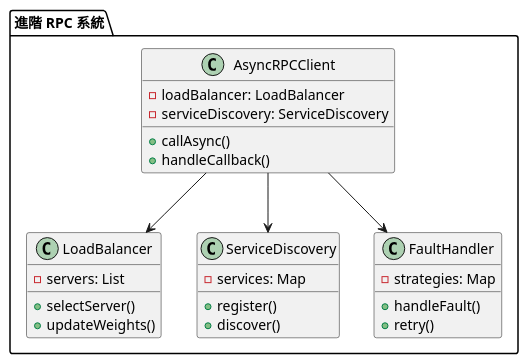
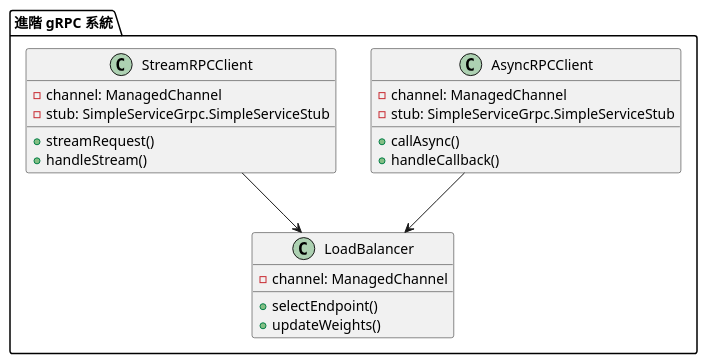
Before and after one commit to fine5351/info-sync: the third of 3 diagrams in doc/learning/architecture/rpc_tutorial.md, drawn with PlantUML. The commit also changed other lines of this file and 9 other files, not shown here.

````diff
--- a/doc/learning/architecture/rpc_tutorial.md
+++ b/doc/learning/architecture/rpc_tutorial.md
@@ -208,34 +279,28 @@
 ```plantuml
 @startuml
-package "進階 RPC 系統" {
+package "進階 gRPC 系統" {
     class AsyncRPCClient {
-        - loadBalancer: LoadBalancer
-        - serviceDiscovery: ServiceDiscovery
+        - channel: ManagedChannel
+        - stub: SimpleServiceGrpc.SimpleServiceStub
         + callAsync()
         + handleCallback()
     }
     
-    class LoadBalancer {
-        - servers: List
-        + selectServer()
-        + updateWeights()
+    class StreamRPCClient {
+        - channel: ManagedChannel
+        - stub: SimpleServiceGrpc.SimpleServiceStub
+        + streamRequest()
+        + handleStream()
     }
     
-    class ServiceDiscovery {
-        - services: Map
-        + register()
-        + discover()
-    }
-    
-    class FaultHandler {
-        - strategies: Map
-        + handleFault()
-        + retry()
+    class LoadBalancer {
+        - channel: ManagedChannel
+        + selectEndpoint()
+        + updateWeights()
     }
 }
 
 AsyncRPCClient --> LoadBalancer
-AsyncRPCClient --> ServiceDiscovery
-AsyncRPCClient --> FaultHandler
+StreamRPCClient --> LoadBalancer
 @enduml
 ```
````
